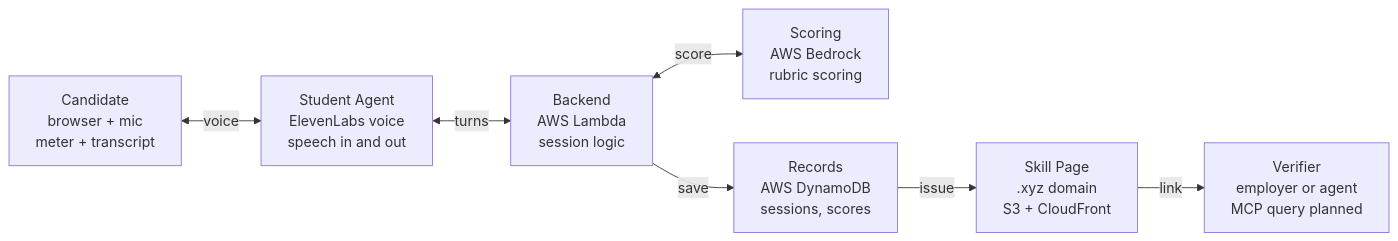
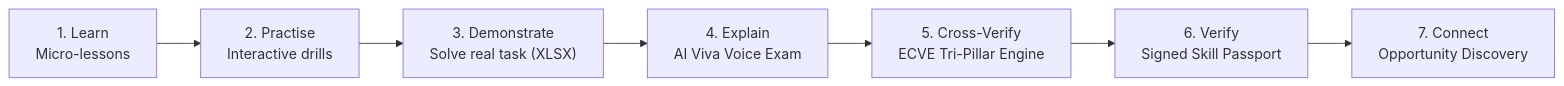
The first of 2 diagrams in SRS.md (AnanthAkshay/Whackiest_2k26), drawn with Mermaid before and after one commit. The commit also changed other lines of this file and 14 other files, not shown here.

````diff
--- a/SRS.md
+++ b/SRS.md
@@ -175,9 +28,9 @@
 ```mermaid
 flowchart LR
-    C["Candidate<br/>browser + mic<br/>meter + transcript"] <-->|voice| A["Student Agent<br/>ElevenLabs voice<br/>speech in and out"]
-    A <-->|turns| B["Backend<br/>AWS Lambda<br/>session logic"]
-    B <-->|score| S["Scoring<br/>AWS Bedrock<br/>rubric scoring"]
-    B -->|save| R["Records<br/>AWS DynamoDB<br/>sessions, scores"]
-    R -->|issue| P["Skill Page<br/>.xyz domain<br/>S3 + CloudFront"]
-    P -->|link| V["Verifier<br/>employer or agent<br/>MCP query planned"]
+    L["1. Learn<br/>Micro-lessons"] --> P["2. Practise<br/>Interactive drills"]
+    P --> D["3. Demonstrate<br/>Solve real task (XLSX)"]
+    D --> E["4. Explain<br/>AI Viva Voice Exam"]
+    E --> CV["5. Cross-Verify<br/>ECVE Tri-Pillar Engine"]
+    CV --> V["6. Verify<br/>Signed Skill Passport"]
+    V --> C["7. Connect<br/>Opportunity Discovery"]
 ```
````
